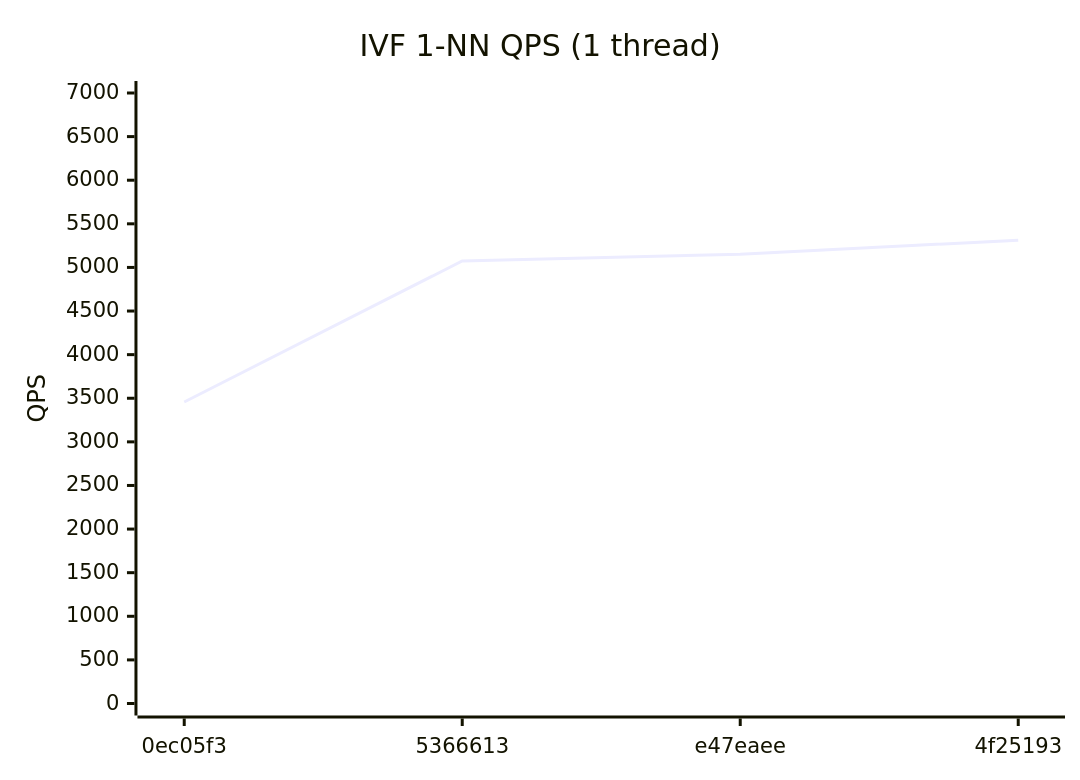
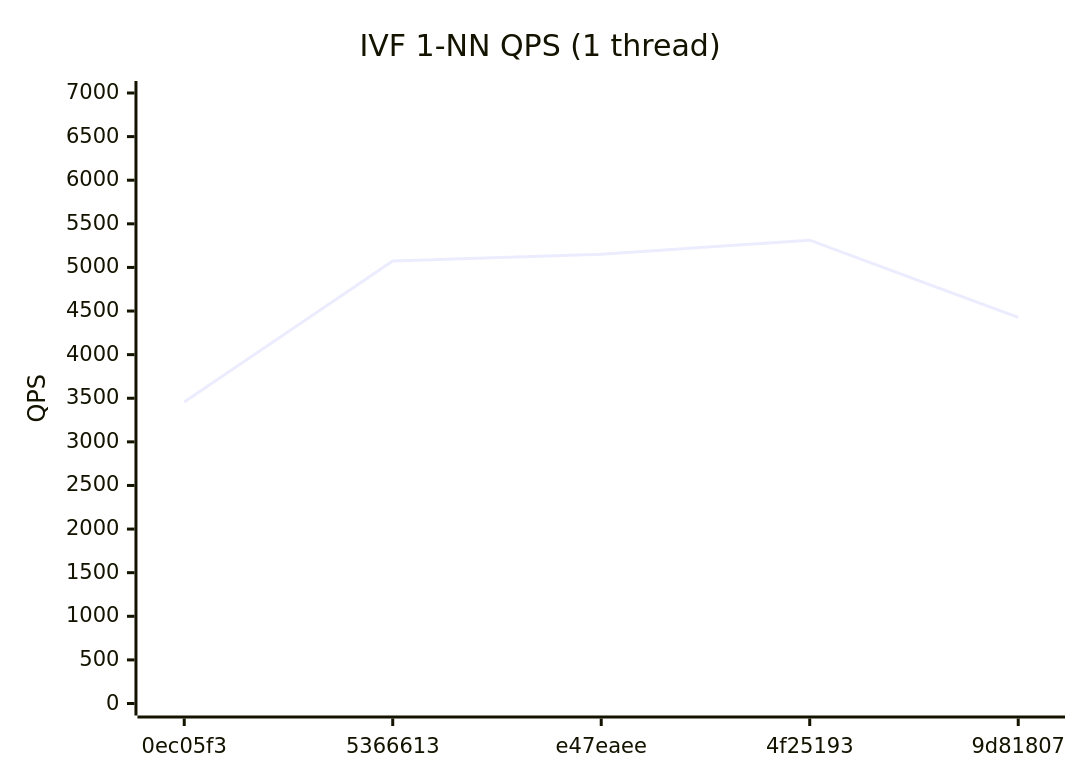
Before and after one commit to bibidhSubedi0/RedBoxDb: the third of 4 diagrams in benchmarks/REPORT.md, drawn with Mermaid. The commit also changed other lines of this file and 1 other file, not shown here.

````diff
--- a/benchmarks/REPORT.md
+++ b/benchmarks/REPORT.md
@@ -39,7 +39,7 @@
 ```mermaid
 xychart-beta
   title "IVF 1-NN QPS (1 thread)"
-  x-axis ["0ec05f3", "5366613", "e47eaee", "4f25193"]
+  x-axis ["0ec05f3", "5366613", "e47eaee", "4f25193", "9d81807"]
   y-axis "QPS" 0 --> 7000
-  line [3457, 5074, 5151, 5312]
+  line [3457, 5074, 5151, 5312, 4427]
 ```
````
